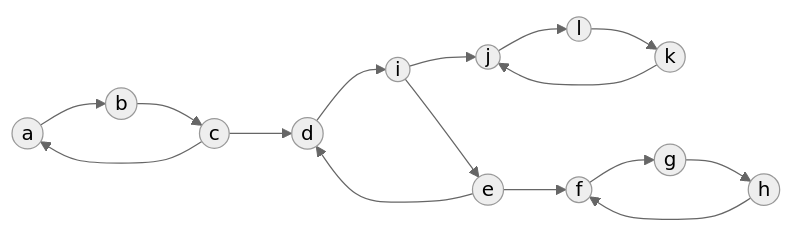
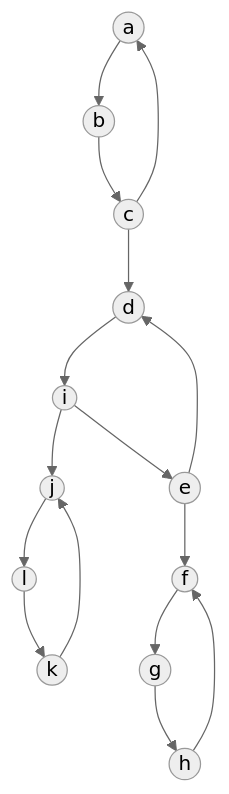
The fourth of 5 diagrams in L3/S5/Structure_de_graphe/Cm_graph.md (RonanFreezy/L3), drawn with Mermaid (neutral theme) before and after one commit. The commit also changed other lines of this file and 7 other files, not shown here.

````diff
--- a/L3/S5/Structure_de_graphe/Cm_graph.md
+++ b/L3/S5/Structure_de_graphe/Cm_graph.md
@@ -653,21 +653,21 @@
 ```mermaid
-graph LR
+graph 
     a((a)) --> b((b))
     b --> c((c))
     c --> a
 
     c --> d((d))
     d --> i((i))
     i --> e((e))
     e --> d
 
     i --> j((j))
     j --> l((l))
     l --> k((k))
     k --> j
 
     e --> f((f))
     f --> g((g))
     g --> h((h))
     h --> f
 ```
````
